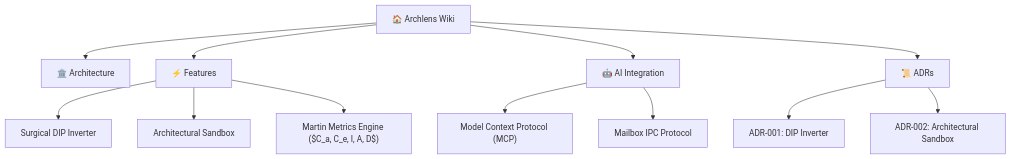
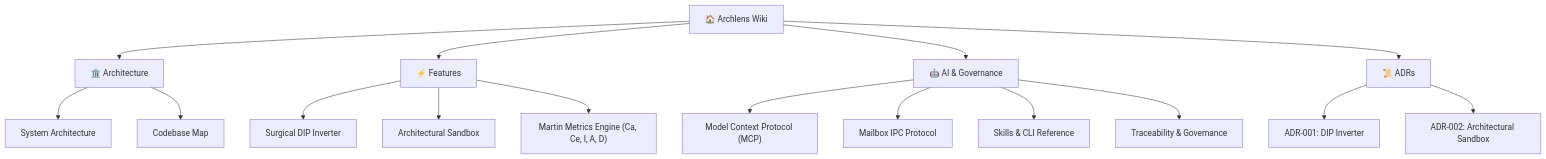
One commit to fmatar/archlens changed the diagram in wiki/Home.md. Above: the diagram before and after it, drawn with Mermaid. The commit also changed other lines of this file and 33 other files, not shown here.

Commit message:
fix(docs): synchronize wiki, roadmap, and MCP parity with v0.1.1 AST (#8253)

````diff
--- a/wiki/Home.md
+++ b/wiki/Home.md
@@ -35,17 +38,22 @@
 ```mermaid
 flowchart TD
     Home["🏠 Archlens Wiki"] --> Arch["🏛️ Architecture"]
     Home --> Features["⚡ Features"]
-    Home --> AI["🤖 AI Integration"]
+    Home --> AI["🤖 AI & Governance"]
     Home --> ADR["📜 ADRs"]
+
+    Arch --> SysArch["System Architecture"]
+    Arch --> CodeMap["Codebase Map"]
 
     Features --> DIP["Surgical DIP Inverter"]
     Features --> Sandbox["Architectural Sandbox"]
-    Features --> Martin["Martin Metrics Engine ($C_a, C_e, I, A, D$)"]
+    Features --> Martin["Martin Metrics Engine (Ca, Ce, I, A, D)"]
 
     AI --> MCP["Model Context Protocol (MCP)"]
     AI --> Mailbox["Mailbox IPC Protocol"]
+    AI --> Skills["Skills & CLI Reference"]
+    AI --> Trace["Traceability & Governance"]
 
     ADR --> ADR1["ADR-001: DIP Inverter"]
     ADR --> ADR2["ADR-002: Architectural Sandbox"]
 ```
````
